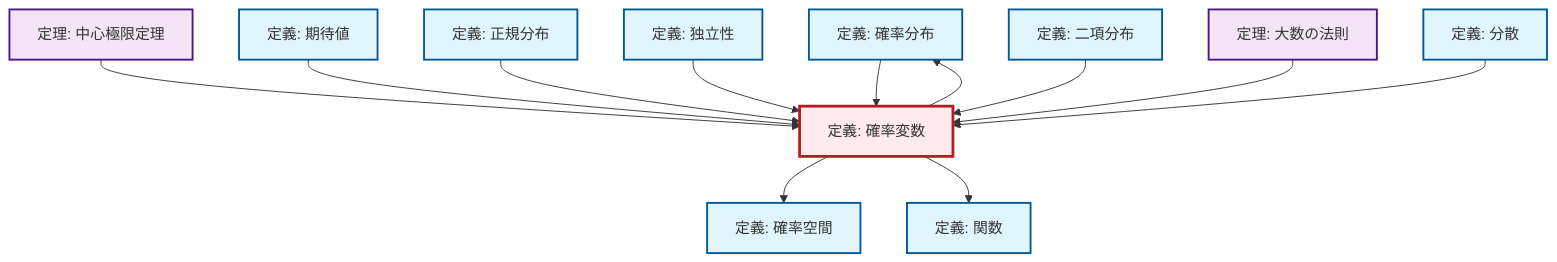
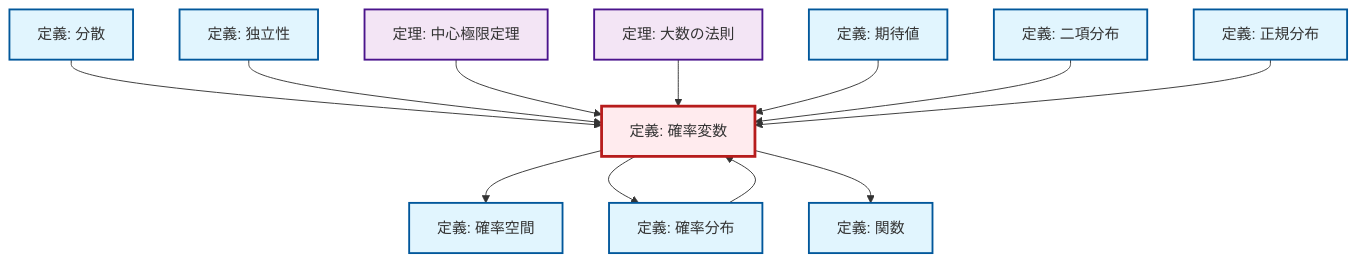
Before and after one commit to RK0429/ModernMath: the diagram in output/mermaid/ja/def-random-variable.mermaid, drawn with Mermaid. The commit also changed other lines of this file and 3098 other files, not shown here.

```diff
--- a/output/mermaid/ja/def-random-variable.mermaid
+++ b/output/mermaid/ja/def-random-variable.mermaid
@@ -1,29 +1,29 @@
 graph TD
     classDef definition fill:#e1f5fe,stroke:#01579b,stroke-width:2px
     classDef theorem fill:#f3e5f5,stroke:#4a148c,stroke-width:2px
     classDef axiom fill:#fff3e0,stroke:#e65100,stroke-width:2px
     classDef example fill:#e8f5e9,stroke:#1b5e20,stroke-width:2px
     classDef current fill:#ffebee,stroke:#b71c1c,stroke-width:3px
+    def-normal-distribution["定義: 正規分布"]:::definition
     def-probability-distribution["定義: 確率分布"]:::definition
+    thm-law-of-large-numbers["定理: 大数の法則"]:::theorem
+    def-expectation["定義: 期待値"]:::definition
+    def-function["定義: 関数"]:::definition
+    def-probability-space["定義: 確率空間"]:::definition
+    def-random-variable["定義: 確率変数"]:::definition
     def-binomial-distribution["定義: 二項分布"]:::definition
-    thm-law-of-large-numbers["定理: 大数の法則"]:::theorem
-    def-function["定義: 関数"]:::definition
-    def-random-variable["定義: 確率変数"]:::definition
+    def-independence["定義: 独立性"]:::definition
+    def-variance["定義: 分散"]:::definition
     thm-central-limit["定理: 中心極限定理"]:::theorem
-    def-variance["定義: 分散"]:::definition
-    def-independence["定義: 独立性"]:::definition
-    def-expectation["定義: 期待値"]:::definition
-    def-probability-space["定義: 確率空間"]:::definition
-    def-normal-distribution["定義: 正規分布"]:::definition
+    def-variance --> def-random-variable
+    def-independence --> def-random-variable
+    def-random-variable --> def-probability-space
     thm-central-limit --> def-random-variable
+    def-random-variable --> def-probability-distribution
+    thm-law-of-large-numbers --> def-random-variable
+    def-expectation --> def-random-variable
+    def-binomial-distribution --> def-random-variable
     def-probability-distribution --> def-random-variable
-    def-expectation --> def-random-variable
-    def-random-variable --> def-probability-space
     def-normal-distribution --> def-random-variable
-    def-independence --> def-random-variable
-    def-binomial-distribution --> def-random-variable
-    thm-law-of-large-numbers --> def-random-variable
-    def-variance --> def-random-variable
-    def-random-variable --> def-probability-distribution
     def-random-variable --> def-function
     class def-random-variable current
```
